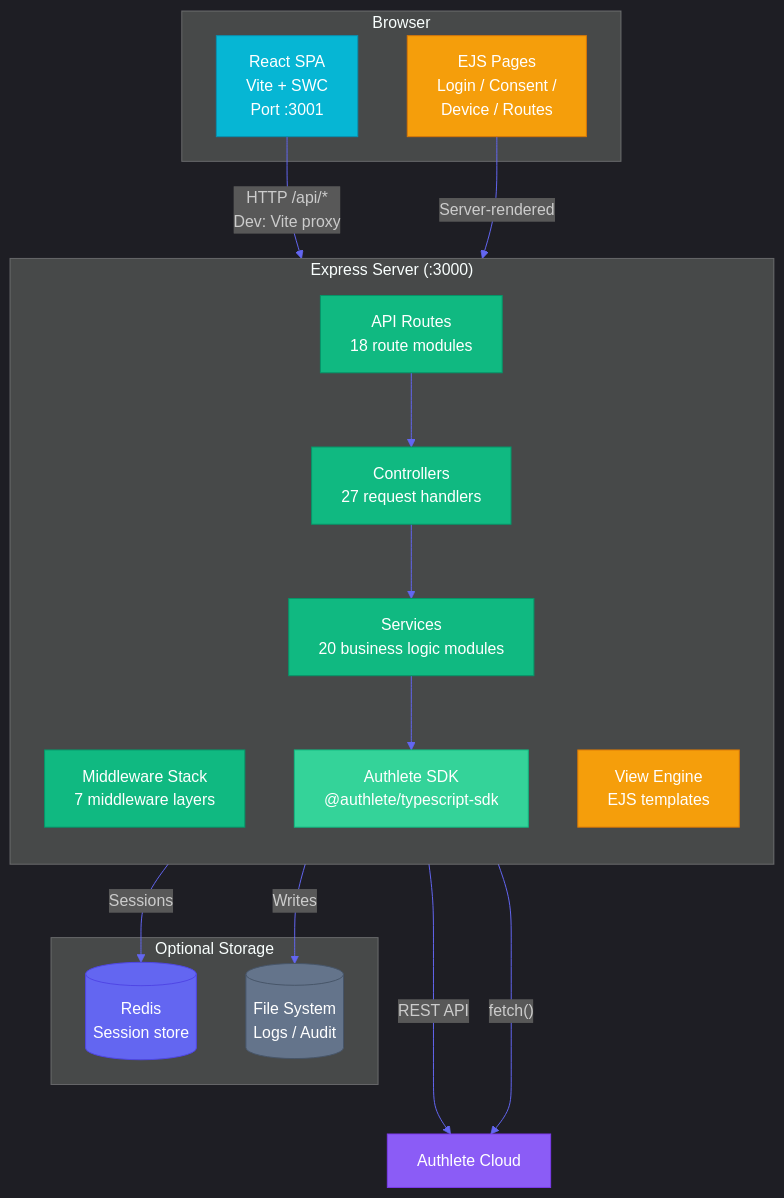
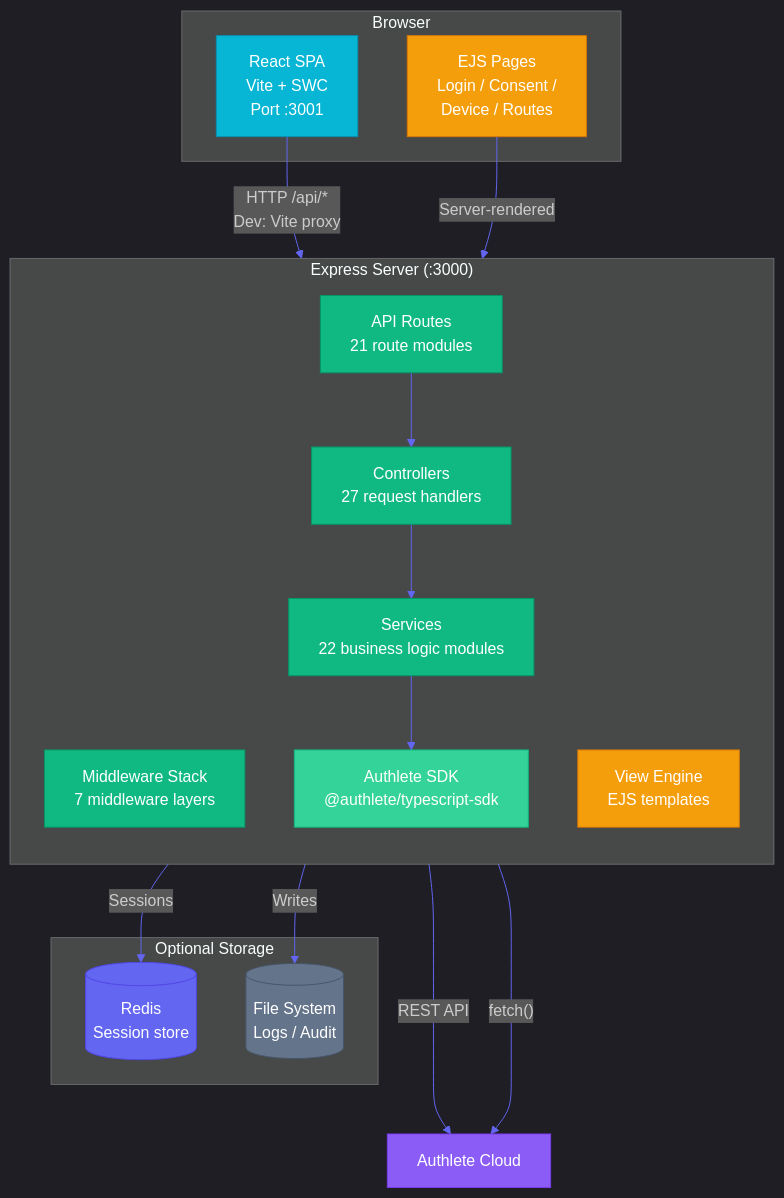
Before and after one commit to blackadi/OAUTH2.0: the second of 7 diagrams in docs/ARCHITECTURE.md, drawn with Mermaid. The commit also changed other lines of this file and 6 other files, not shown here.

````diff
--- a/docs/ARCHITECTURE.md
+++ b/docs/ARCHITECTURE.md
@@ -51,45 +51,45 @@
 ```mermaid
 %%{init: {'theme': 'dark', 'themeVariables': { 'primaryColor': '#1e293b', 'primaryTextColor': '#e2e8f0', 'primaryBorderColor': '#475569', 'lineColor': '#6366f1', 'secondaryColor': '#0f172a', 'tertiaryColor': '#334155', 'fontFamily': 'Inter'}}}%%
 flowchart TB
     subgraph Browser["Browser"]
         SPA["React SPA<br/>Vite + SWC<br/>Port :3001"]
         EP["EJS Pages<br/>Login / Consent /<br/>Device / Routes"]
     end
     
     subgraph Express["Express Server (:3000)"]
         direction TB
         MW["Middleware Stack<br/>7 middleware layers"]
-        API["API Routes<br/>18 route modules"]
+        API["API Routes<br/>21 route modules"]
         CT["Controllers<br/>27 request handlers"]
-        SV["Services<br/>20 business logic modules"]
+        SV["Services<br/>22 business logic modules"]
         SDK["Authlete SDK<br/>@authlete/typescript-sdk"]
         VW["View Engine<br/>EJS templates"]
     end
     
     subgraph Storage["Optional Storage"]
         RD[(Redis<br/>Session store)]
         FS[(File System<br/>Logs / Audit)]
     end
     
     SPA -->|"HTTP /api/*<br/>Dev: Vite proxy"| API
     EP -->|"Server-rendered"| VW
     API --> CT
     CT --> SV
     SV --> SDK
     SDK -->|"REST API"| Authlete["Authlete Cloud"]
     SV --->|"fetch()"| Authlete
     MW -->|"Sessions"| RD
     MW -->|"Writes"| FS
     
     style SPA fill:#06b6d4,color:#fff,stroke:#0891b2
     style EP fill:#f59e0b,color:#fff,stroke:#d97706
     style MW fill:#10b981,color:#fff,stroke:#059669
     style API fill:#10b981,color:#fff,stroke:#059669
     style CT fill:#10b981,color:#fff,stroke:#059669
     style SV fill:#10b981,color:#fff,stroke:#059669
     style SDK fill:#34d399,color:#fff,stroke:#10b981
     style VW fill:#f59e0b,color:#fff,stroke:#d97706
     style RD fill:#6366f1,color:#fff,stroke:#4f46e5
     style FS fill:#64748b,color:#fff,stroke:#475569
     style Authlete fill:#8b5cf6,color:#fff,stroke:#7c3aed
 ```
````
